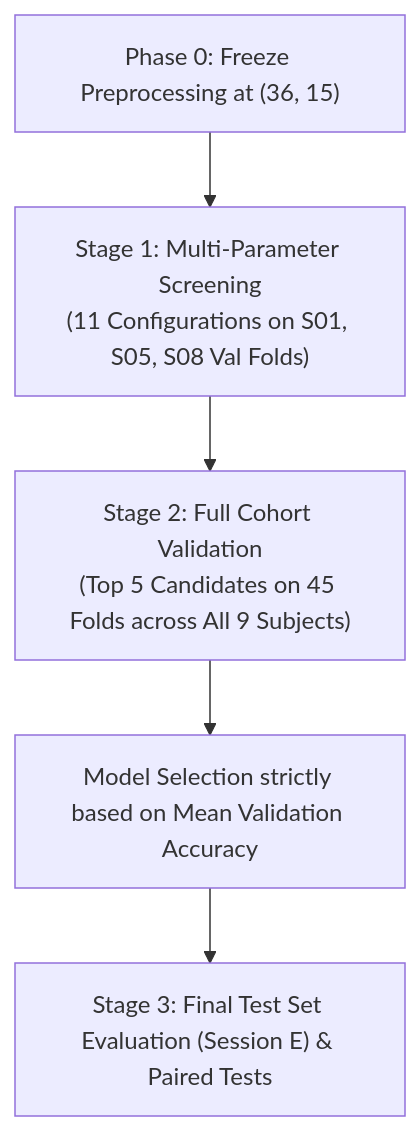
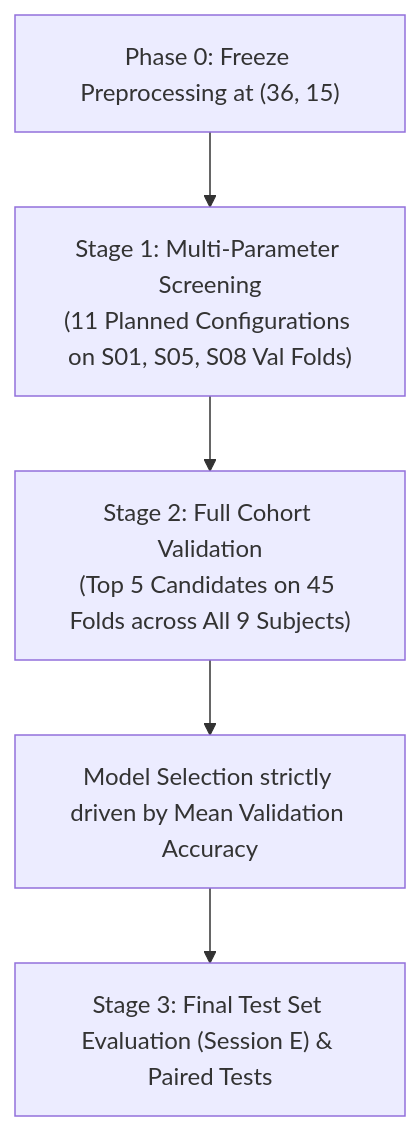
Before and after one commit to pratch/frontier-hw-bci: the second of 2 diagrams in docs/hyperparameter_tuning_report.md, drawn with Mermaid. The commit also changed other lines of this file, not shown here.

Commit message:
docs(report): clarify baseline architecture and hyperparameter search space definitions

````diff
--- a/docs/hyperparameter_tuning_report.md
+++ b/docs/hyperparameter_tuning_report.md
@@ -59,7 +59,7 @@
 ```mermaid
 flowchart TD
-    S0["Phase 0: Freeze Preprocessing at (36, 15)"] --> S1["Stage 1: Multi-Parameter Screening<br/>(11 Configurations on S01, S05, S08 Val Folds)"]
+    S0["Phase 0: Freeze Preprocessing at (36, 15)"] --> S1["Stage 1: Multi-Parameter Screening<br/>(11 Planned Configurations on S01, S05, S08 Val Folds)"]
     S1 --> S2["Stage 2: Full Cohort Validation<br/>(Top 5 Candidates on 45 Folds across All 9 Subjects)"]
-    S2 --> S3["Model Selection strictly based on Mean Validation Accuracy"]
+    S2 --> S3["Model Selection strictly driven by Mean Validation Accuracy"]
     S3 --> S4["Stage 3: Final Test Set Evaluation (Session E) & Paired Tests"]
 ```
````
